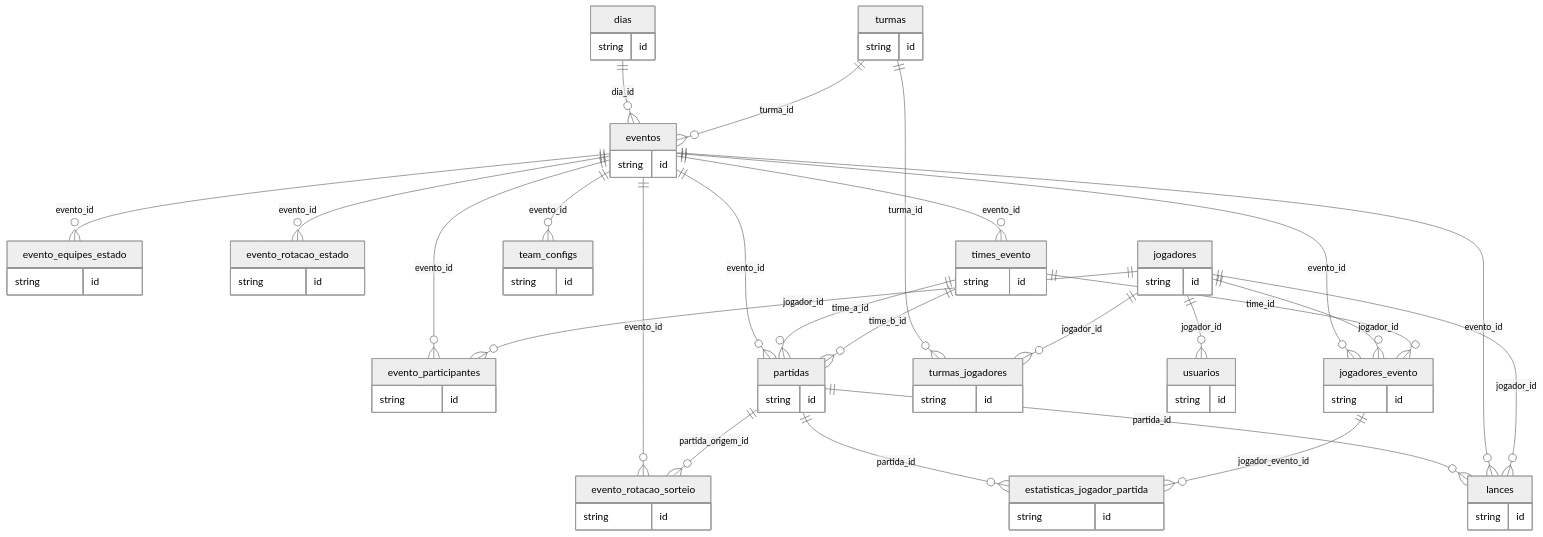
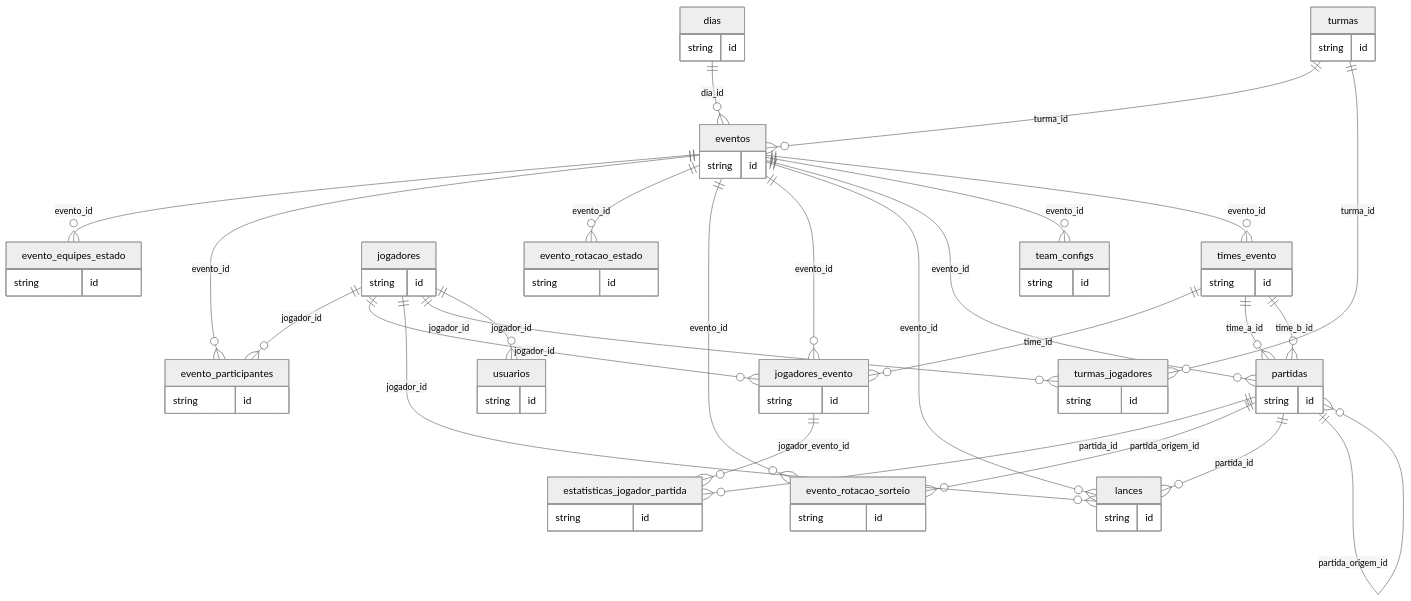
The diagram in docs/generated/code-map.md (FelipeDalMolin/projeto-jubileu), drawn with Mermaid (neutral theme) before and after one commit. The commit also changed other lines of this file and 17 other files, not shown here.

````diff
--- a/docs/generated/code-map.md
+++ b/docs/generated/code-map.md
@@ -50,75 +50,76 @@
 ```mermaid
 erDiagram
   dias {
     string id
   }
   estatisticas_jogador_partida {
     string id
   }
   evento_equipes_estado {
     string id
   }
   evento_participantes {
     string id
   }
   evento_rotacao_estado {
     string id
   }
   evento_rotacao_sorteio {
     string id
   }
   eventos {
     string id
   }
   jogadores {
     string id
   }
   jogadores_evento {
     string id
   }
   lances {
     string id
   }
   partidas {
     string id
   }
   team_configs {
     string id
   }
   times_evento {
     string id
   }
   turmas {
     string id
   }
   turmas_jogadores {
     string id
   }
   usuarios {
     string id
   }
   partidas ||--o{ estatisticas_jogador_partida : "partida_id"
   jogadores_evento ||--o{ estatisticas_jogador_partida : "jogador_evento_id"
   eventos ||--o{ evento_equipes_estado : "evento_id"
   eventos ||--o{ evento_participantes : "evento_id"
   jogadores ||--o{ evento_participantes : "jogador_id"
   eventos ||--o{ evento_rotacao_estado : "evento_id"
   eventos ||--o{ evento_rotacao_sorteio : "evento_id"
   partidas ||--o{ evento_rotacao_sorteio : "partida_origem_id"
   dias ||--o{ eventos : "dia_id"
   turmas ||--o{ eventos : "turma_id"
   eventos ||--o{ jogadores_evento : "evento_id"
   jogadores ||--o{ jogadores_evento : "jogador_id"
   times_evento ||--o{ jogadores_evento : "time_id"
   partidas ||--o{ lances : "partida_id"
   eventos ||--o{ lances : "evento_id"
   jogadores ||--o{ lances : "jogador_id"
   eventos ||--o{ partidas : "evento_id"
   times_evento ||--o{ partidas : "time_a_id"
   times_evento ||--o{ partidas : "time_b_id"
+  partidas ||--o{ partidas : "partida_origem_id"
   eventos ||--o{ team_configs : "evento_id"
   eventos ||--o{ times_evento : "evento_id"
   turmas ||--o{ turmas_jogadores : "turma_id"
   jogadores ||--o{ turmas_jogadores : "jogador_id"
   jogadores ||--o{ usuarios : "jogador_id"
 ```
````
